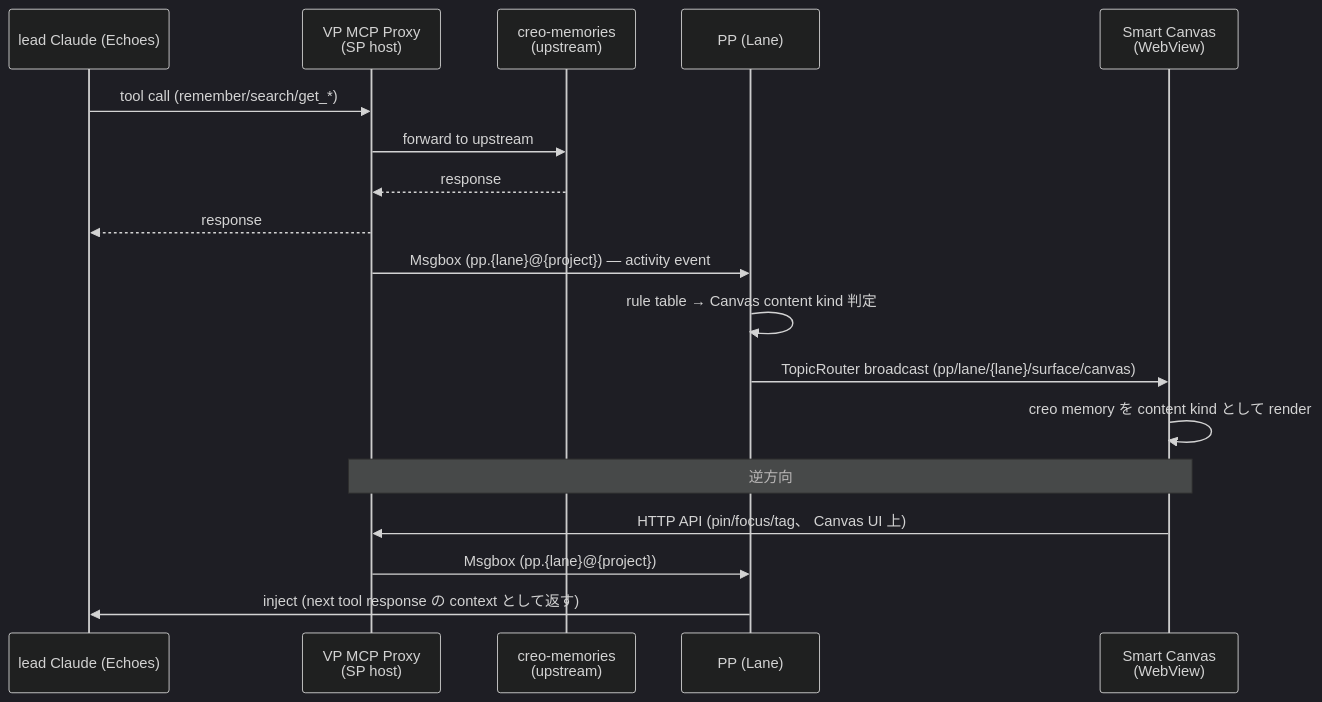
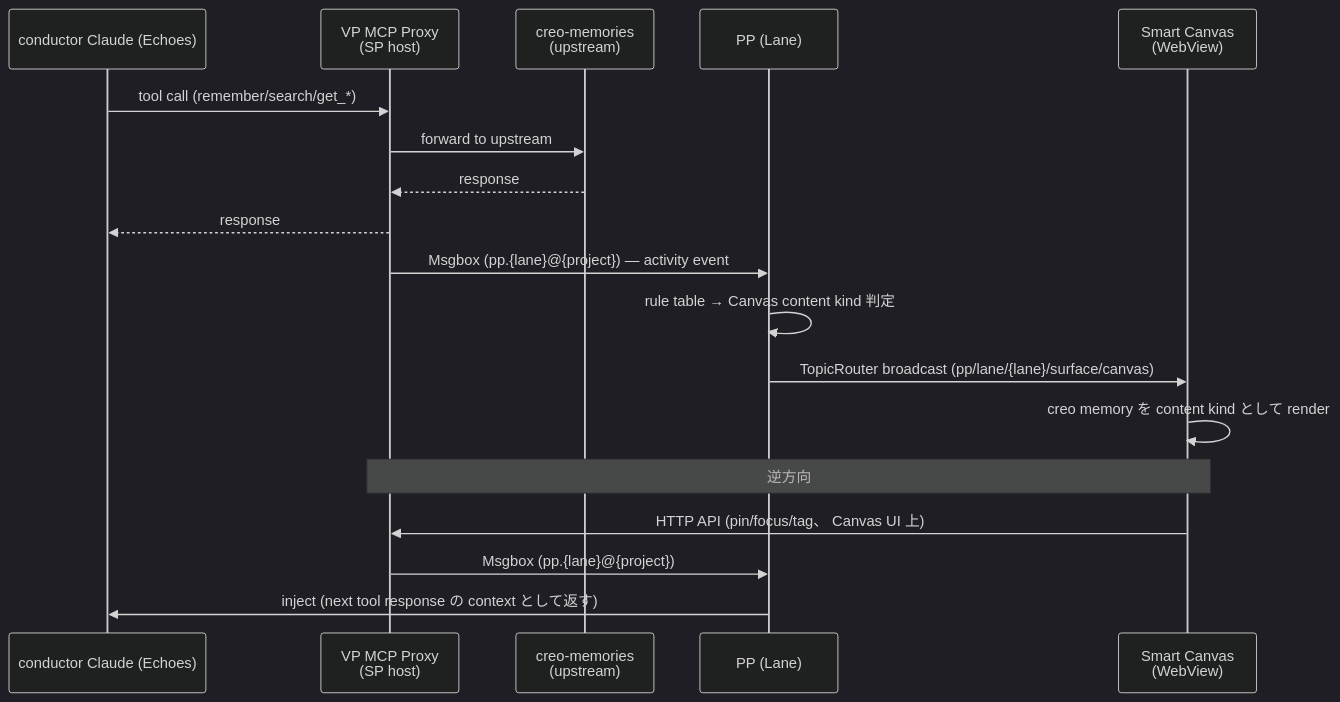
The second of 2 diagrams in docs/design/13-paisley-park-revival.md (chronista-club/vantage-point), drawn with Mermaid (dark theme) before and after one commit. The commit also changed other lines of this file and 20 other files, not shown here.

````diff
--- a/docs/design/13-paisley-park-revival.md
+++ b/docs/design/13-paisley-park-revival.md
@@ -206,22 +206,22 @@
 ```mermaid
 sequenceDiagram
-    participant CC as lead Claude (Echoes)
+    participant CC as conductor Claude (Echoes)
     participant VP as VP MCP Proxy<br/>(SP host)
     participant CM as creo-memories<br/>(upstream)
     participant PP as PP (Lane)
     participant Canvas as Smart Canvas<br/>(WebView)
 
     CC->>VP: tool call (remember/search/get_*)
     VP->>CM: forward to upstream
     CM-->>VP: response
     VP-->>CC: response
     VP->>PP: Msgbox (pp.{lane}@{project}) — activity event
     PP->>PP: rule table → Canvas content kind 判定
     PP->>Canvas: TopicRouter broadcast (pp/lane/{lane}/surface/canvas)
     Canvas->>Canvas: creo memory を content kind として render
 
     Note over Canvas,VP: 逆方向
     Canvas->>VP: HTTP API (pin/focus/tag、 Canvas UI 上)
     VP->>PP: Msgbox (pp.{lane}@{project})
     PP->>CC: inject (next tool response の context として返す)
 ```
````
